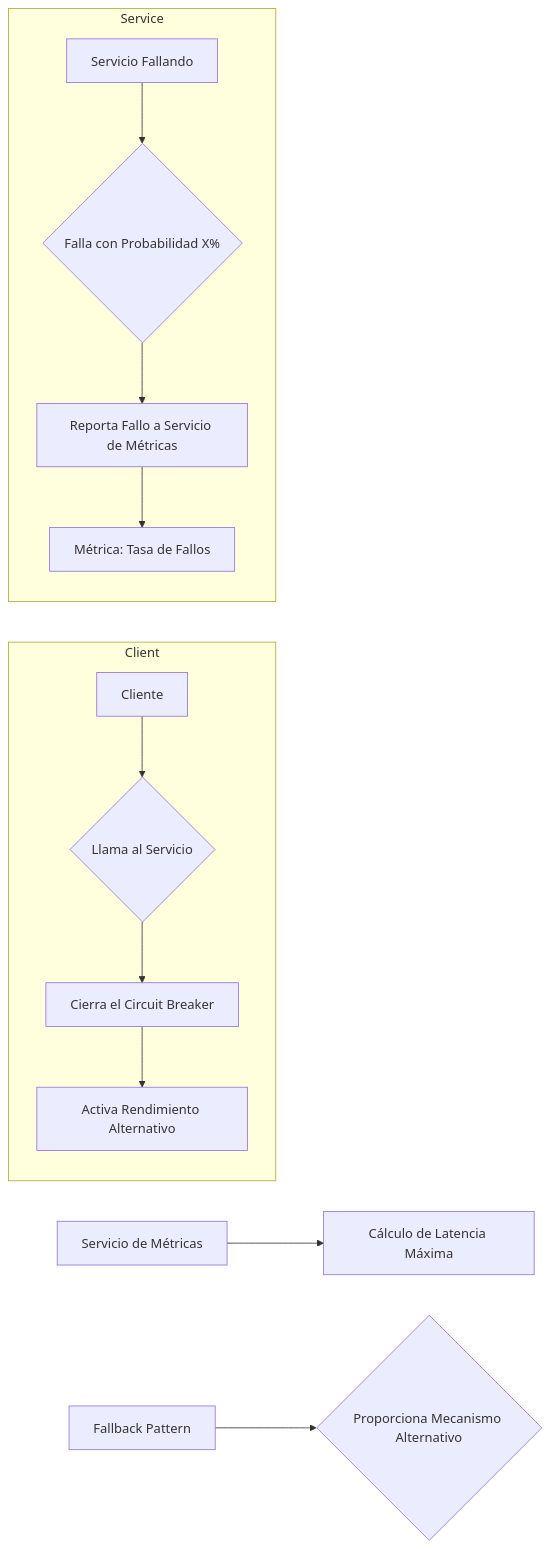
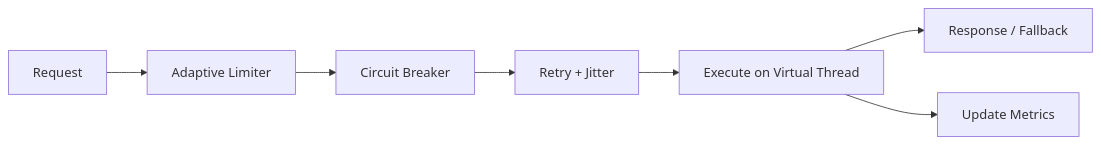
Before and after one commit to Joaquinriosheredia/DAM-Java-Mastery: the fourth of 7 diagrams in _Review/circuit_breaking_avanzado_y_adaptive_concurrency/circuit_breaking_avanzado_y_adaptive_concurrency.md, drawn with Mermaid. The commit also changed other lines of this file, not shown here.

Commit message:
Circuit Breaking Avanzado y Adaptive Concurrency en Java 21

````diff
--- a/_Review/circuit_breaking_avanzado_y_adaptive_concurrency/circuit_breaking_avanzado_y_adaptive_concurrency.md
+++ b/_Review/circuit_breaking_avanzado_y_adaptive_concurrency/circuit_breaking_avanzado_y_adaptive_concurrency.md
@@ -432,17 +288,9 @@
 ```mermaid
 graph LR
-  subgraph "Client"
-    A[Cliente] --> B{Llama al Servicio}
-    B --> C[Cierra el Circuit Breaker]
-    C --> D[Activa Rendimiento Alternativo]
-  end
-
-  subgraph "Service"
-    E[Servicio Fallando] --> F{Falla con Probabilidad X%}
-    F --> G[Reporta Fallo a Servicio de Métricas]
-    G --> H[Métrica: Tasa de Fallos]
-  end
-
-  I[Servicio de Métricas] --> J[Cálculo de Latencia Máxima]
-  K[Fallback Pattern] --> L{Proporciona Mecanismo Alternativo}
+    REQ[Request] --> LIM[Adaptive Limiter]
+    LIM --> CB[Circuit Breaker]
+    CB --> RET[Retry + Jitter]
+    RET --> EXEC[Execute on Virtual Thread]
+    EXEC --> RES[Response / Fallback]
+    EXEC --> MET[Update Metrics]
 ```
````
